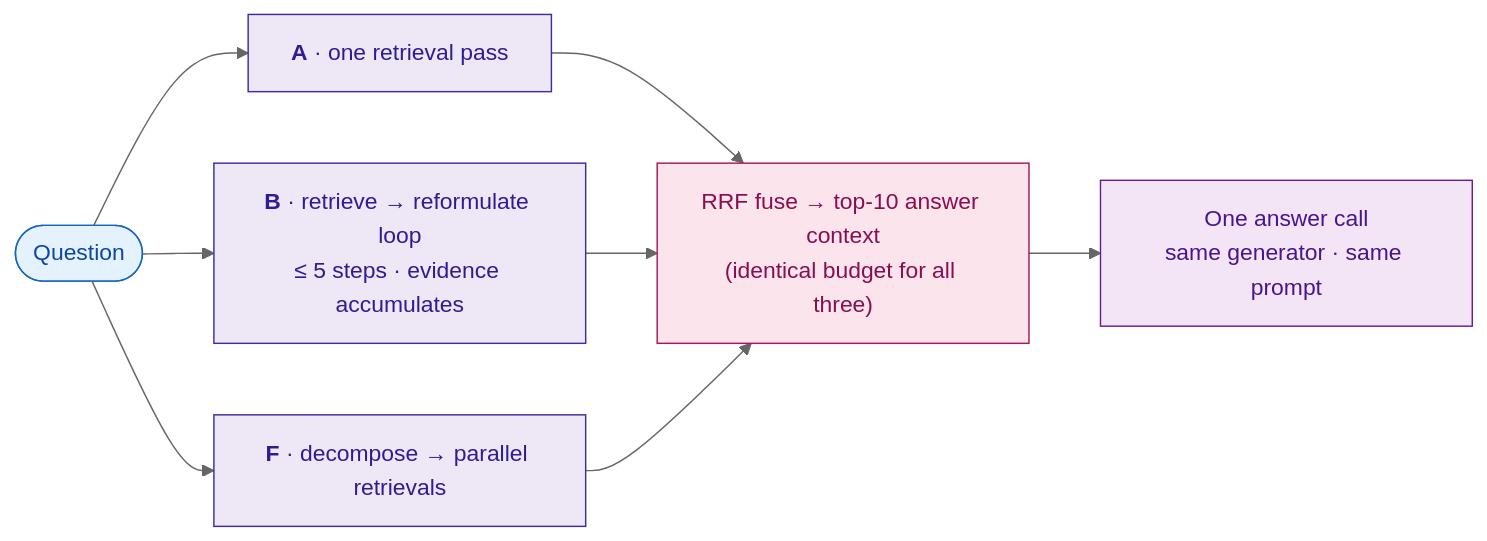
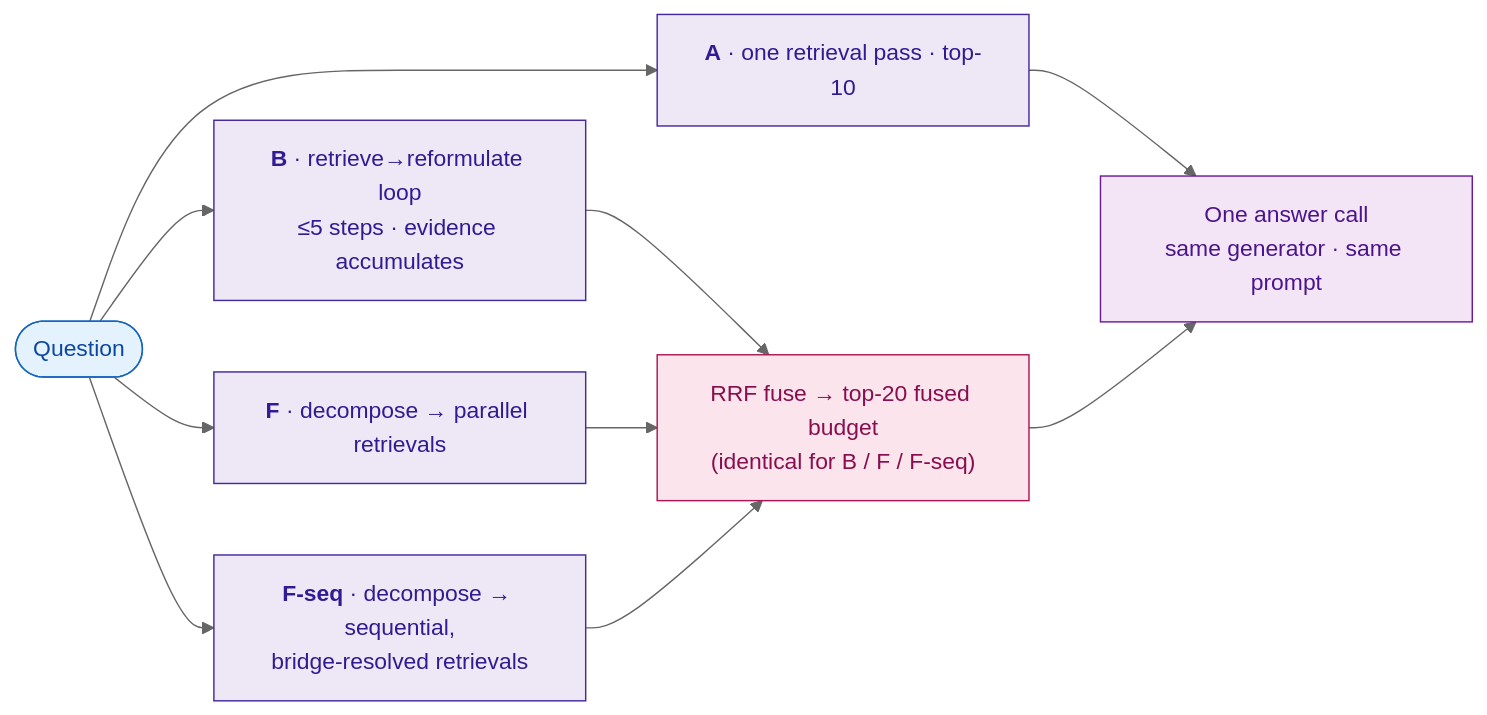
The second of 7 diagrams in thesis/chapter3_methodology.md (rudramansoomirtee-ctrl/rag-benchmark), drawn with Mermaid (neutral theme) before and after one commit. The commit also changed other lines of this file, not shown here.

````diff
--- a/thesis/chapter3_methodology.md
+++ b/thesis/chapter3_methodology.md
@@ -82,19 +92,19 @@
 ```mermaid
 flowchart LR
     Q(["Question"]):::data
-    Q --> A0
-    Q --> B0
-    Q --> F0
-    A0["<b>A</b> · one retrieval pass"]:::sys
-    B0["<b>B</b> · retrieve → reformulate loop<br/>≤ 5 steps · evidence accumulates"]:::sys
+    Q --> A0 & B0 & F0 & FS0
+    A0["<b>A</b> · one retrieval pass · top-10"]:::sys
+    B0["<b>B</b> · retrieve→reformulate loop<br/>≤5 steps · evidence accumulates"]:::sys
     F0["<b>F</b> · decompose → parallel retrievals"]:::sys
-    A0 --> FUSE
+    FS0["<b>F-seq</b> · decompose → sequential,<br/>bridge-resolved retrievals"]:::sys
     B0 --> FUSE
     F0 --> FUSE
-    FUSE["RRF fuse → top-10 answer context<br/>(identical budget for all three)"]:::fixed
+    FS0 --> FUSE
+    A0 --> ANS
+    FUSE["RRF fuse → top-20 fused budget<br/>(identical for B / F / F-seq)"]:::fixed
     FUSE --> ANS["One answer call<br/>same generator · same prompt"]:::out
     classDef data fill:#e3f2fd,stroke:#1565c0,color:#0d47a1
     classDef sys fill:#ede7f6,stroke:#4527a0,color:#311b92
     classDef fixed fill:#fce4ec,stroke:#ad1457,color:#880e4f
     classDef out fill:#f3e5f5,stroke:#6a1b9a,color:#4a148c
 ```
````
